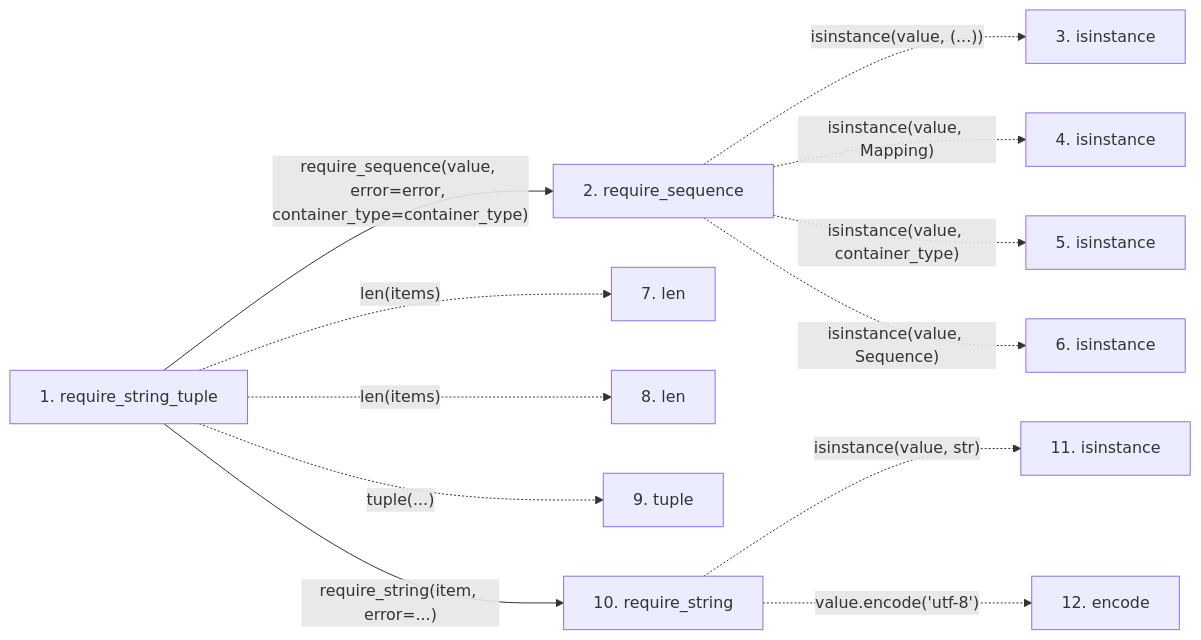
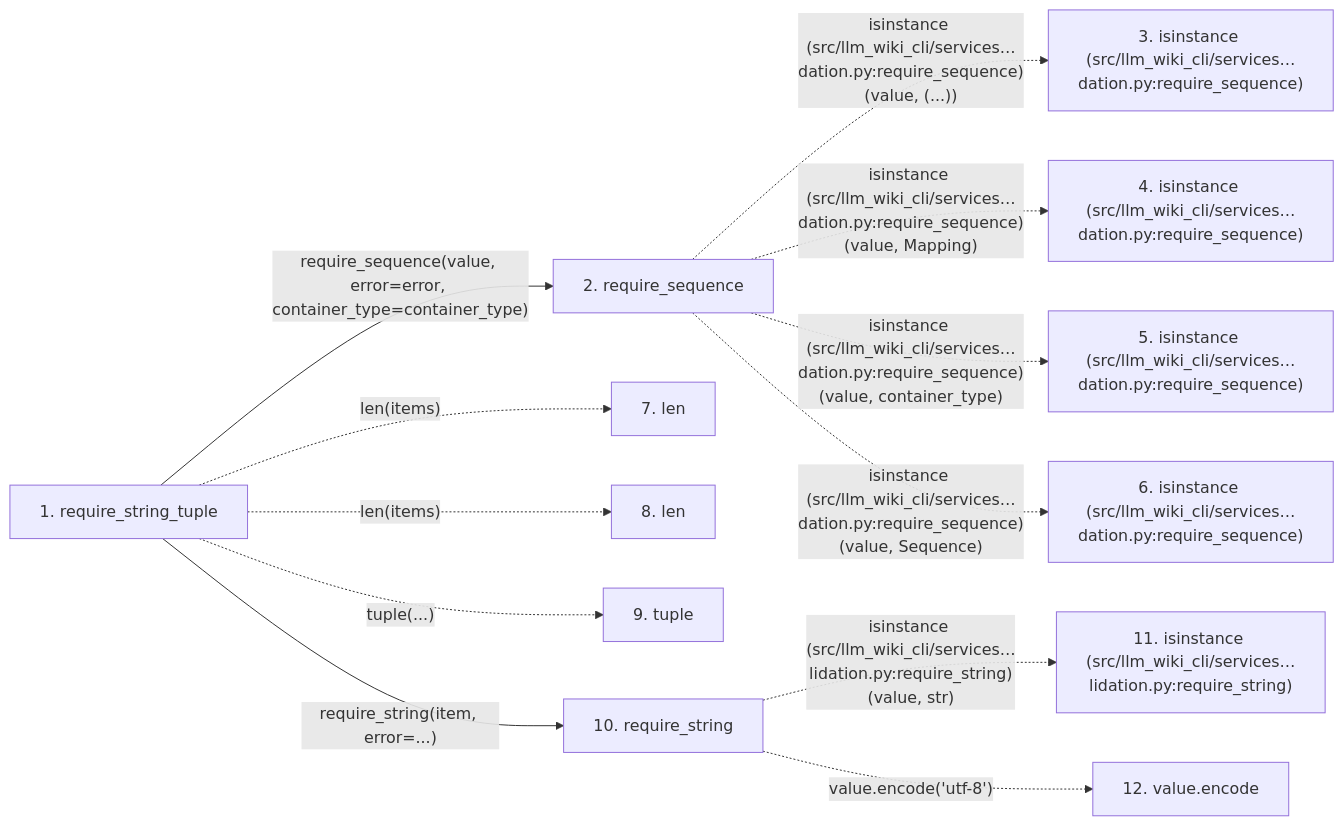
One commit to Denissvgn/python-wiki-llm changed the second of 2 diagrams in docs/llm_wiki/flows/api-require_string_tuple.md. Above: the diagram before and after it, drawn with Mermaid. The commit also changed other lines of this file and 719 other files, not shown here.

````diff
--- a/docs/llm_wiki/flows/api-require_string_tuple.md
+++ b/docs/llm_wiki/flows/api-require_string_tuple.md
@@ -38,29 +39,29 @@
 ```mermaid
 flowchart LR
     s1["1. require_string_tuple"]
     s2["2. require_sequence"]
-    s3["3. isinstance"]
-    s4["4. isinstance"]
-    s5["5. isinstance"]
-    s6["6. isinstance"]
+    s3["3. isinstance (src/llm_wiki_cli/services…dation.py:require_sequence)"]
+    s4["4. isinstance (src/llm_wiki_cli/services…dation.py:require_sequence)"]
+    s5["5. isinstance (src/llm_wiki_cli/services…dation.py:require_sequence)"]
+    s6["6. isinstance (src/llm_wiki_cli/services…dation.py:require_sequence)"]
     s7["7. len"]
     s8["8. len"]
     s9["9. tuple"]
     s10["10. require_string"]
-    s11["11. isinstance"]
-    s12["12. encode"]
+    s11["11. isinstance (src/llm_wiki_cli/services…lidation.py:require_string)"]
+    s12["12. value.encode"]
     s1 -->|"require_sequence(value, error=error, container_type=container_type)"| s2
-    s2 -. "isinstance(value, (...))" .-> s3
-    s2 -. "isinstance(value, Mapping)" .-> s4
-    s2 -. "isinstance(value, container_type)" .-> s5
-    s2 -. "isinstance(value, Sequence)" .-> s6
+    s2 -. "isinstance (src/llm_wiki_cli/services…dation.py:require_sequence)(value, (...))" .-> s3
+    s2 -. "isinstance (src/llm_wiki_cli/services…dation.py:require_sequence)(value, Mapping)" .-> s4
+    s2 -. "isinstance (src/llm_wiki_cli/services…dation.py:require_sequence)(value, container_type)" .-> s5
+    s2 -. "isinstance (src/llm_wiki_cli/services…dation.py:require_sequence)(value, Sequence)" .-> s6
     s1 -. "len(items)" .-> s7
     s1 -. "len(items)" .-> s8
     s1 -. "tuple(...)" .-> s9
     s1 -->|"require_string(item, error=...)"| s10
-    s10 -. "isinstance(value, str)" .-> s11
+    s10 -. "isinstance (src/llm_wiki_cli/services…lidation.py:require_string)(value, str)" .-> s11
     s10 -. "value.encode('utf-8')" .-> s12
     click s1 "../modules/validation.md"
     click s2 "../modules/validation.md"
     click s10 "../modules/validation.md"
 ```
````
